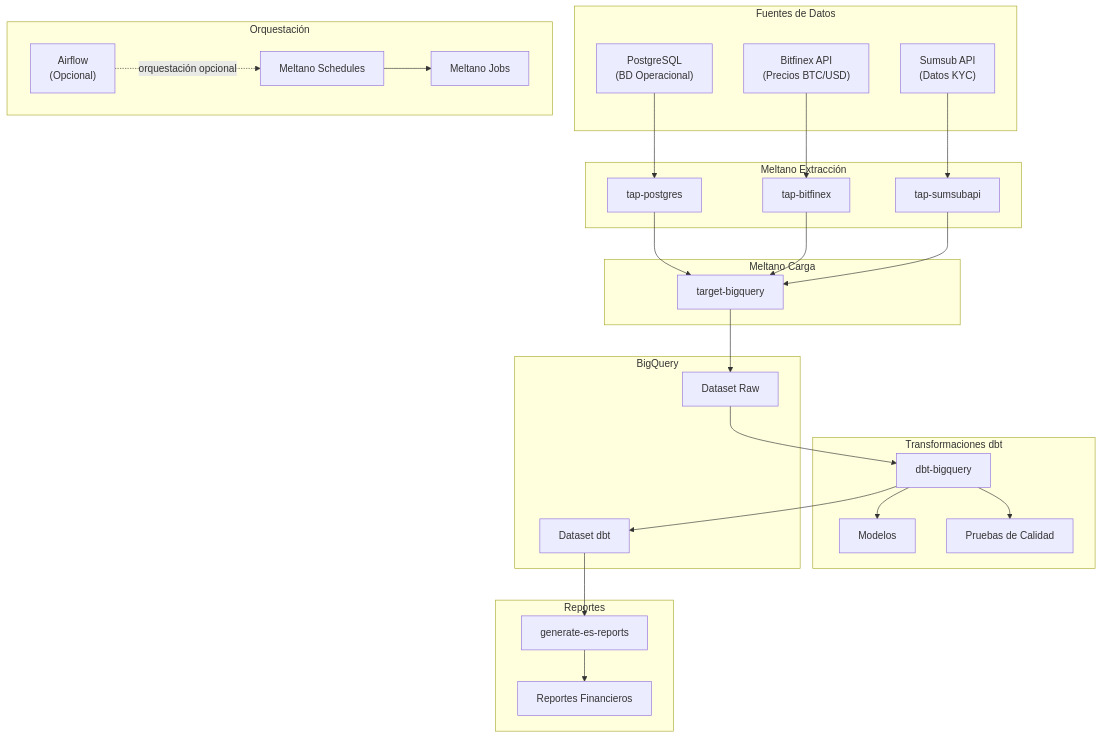
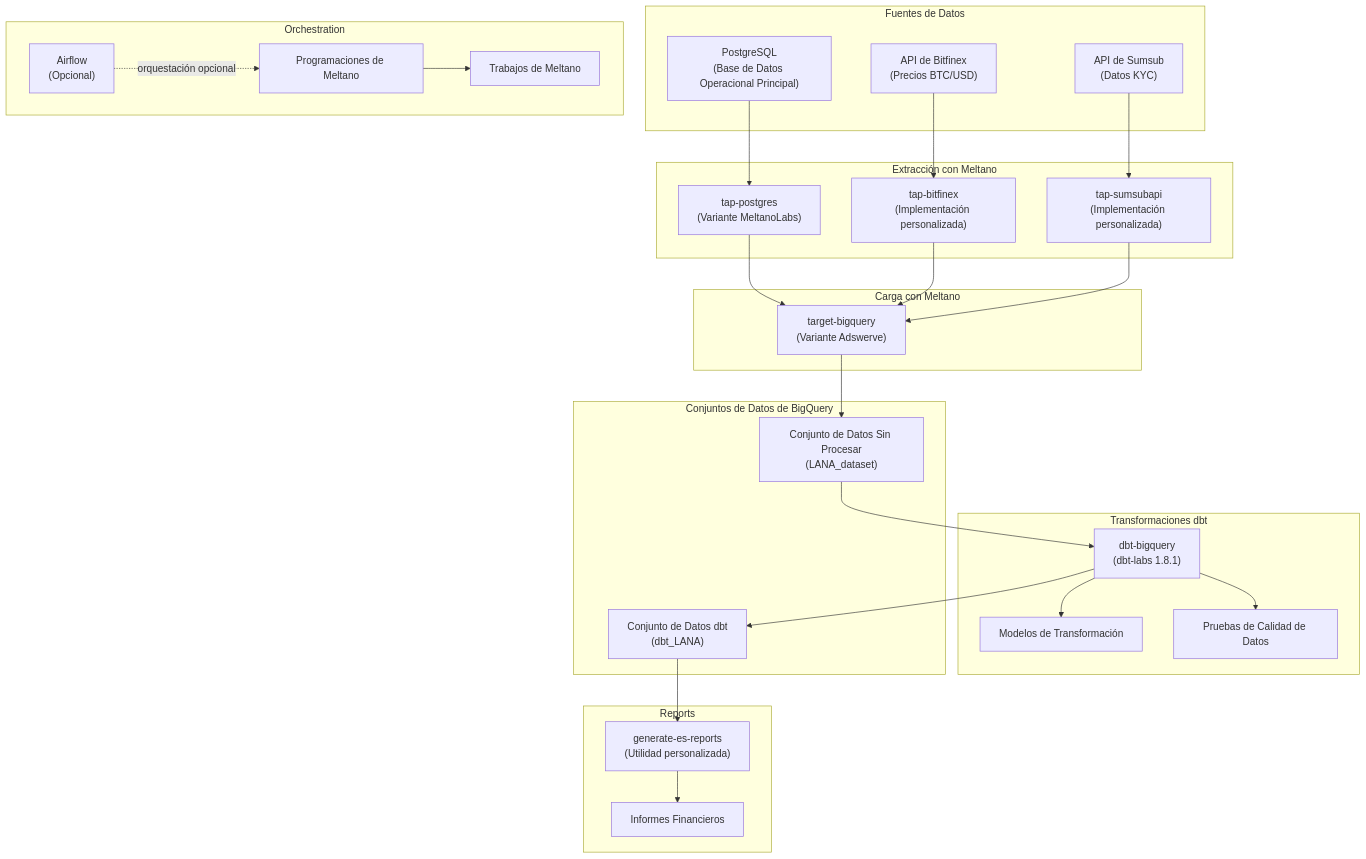
One commit to GaloyMoney/lana-bank changed the first of 2 diagrams in docs-site/i18n/es/docusaurus-plugin-content-docs/current/for-platform-engineers/data-pipelines.md. Above: the diagram before and after it, drawn with Mermaid. The commit also changed other lines of this file and 76 other files, not shown here.

````diff
--- a/docs-site/i18n/es/docusaurus-plugin-content-docs/current/for-platform-engineers/data-pipelines.md
+++ b/docs-site/i18n/es/docusaurus-plugin-content-docs/current/for-platform-engineers/data-pipelines.md
@@ -11,56 +11,56 @@
 ```mermaid
 graph TD
     subgraph Sources["Fuentes de Datos"]
-        PG["PostgreSQL<br/>(BD Operacional)"]
-        BITFINEX["Bitfinex API<br/>(Precios BTC/USD)"]
-        SUMSUB["Sumsub API<br/>(Datos KYC)"]
+        PG["PostgreSQL<br/>(Base de Datos Operacional Principal)"]
+        BITFINEX["API de Bitfinex<br/>(Precios BTC/USD)"]
+        SUMSUB["API de Sumsub<br/>(Datos KYC)"]
     end
 
-    subgraph Orchestration["Orquestación"]
+    subgraph Orchestration
         AIRFLOW["Airflow<br/>(Opcional)"]
-        SCHEDULES["Meltano Schedules"]
-        JOBS["Meltano Jobs"]
+        SCHEDULES["Programaciones de Meltano"]
+        JOBS["Trabajos de Meltano"]
         SCHEDULES --> JOBS
         AIRFLOW -.->|"orquestación opcional"| SCHEDULES
     end
 
-    subgraph Extract["Meltano Extracción"]
-        TAP_PG["tap-postgres"]
-        TAP_BIT["tap-bitfinex"]
-        TAP_SUM["tap-sumsubapi"]
+    subgraph Extract["Extracción con Meltano"]
+        TAP_PG["tap-postgres<br/>(Variante MeltanoLabs)"]
+        TAP_BIT["tap-bitfinex<br/>(Implementación personalizada)"]
+        TAP_SUM["tap-sumsubapi<br/>(Implementación personalizada)"]
     end
 
-    subgraph Load["Meltano Carga"]
-        TARGET_BQ["target-bigquery"]
+    subgraph Load["Carga con Meltano"]
+        TARGET_BQ["target-bigquery<br/>(Variante Adswerve)"]
     end
 
     subgraph Transform["Transformaciones dbt"]
-        DBT_BQ["dbt-bigquery"]
-        MODELS["Modelos"]
-        TESTS["Pruebas de Calidad"]
+        DBT_BQ["dbt-bigquery<br/>(dbt-labs 1.8.1)"]
+        MODELS["Modelos de Transformación"]
+        TESTS["Pruebas de Calidad de Datos"]
         DBT_BQ --> MODELS
         DBT_BQ --> TESTS
     end
 
-    subgraph Warehouse["BigQuery"]
-        RAW["Dataset Raw"]
-        MART["Dataset dbt"]
+    subgraph Warehouse["Conjuntos de Datos de BigQuery"]
+        RAW["Conjunto de Datos Sin Procesar<br/>(LANA_dataset)"]
+        MART["Conjunto de Datos dbt<br/>(dbt_LANA)"]
     end
 
-    subgraph Reports["Reportes"]
-        GEN["generate-es-reports"]
-        FIN["Reportes Financieros"]
+    subgraph Reports
+        GEN["generate-es-reports<br/>(Utilidad personalizada)"]
+        FIN["Informes Financieros"]
     end
 
     PG --> TAP_PG
     BITFINEX --> TAP_BIT
     SUMSUB --> TAP_SUM
     TAP_PG --> TARGET_BQ
     TAP_BIT --> TARGET_BQ
     TAP_SUM --> TARGET_BQ
     TARGET_BQ --> RAW
     RAW --> DBT_BQ
     DBT_BQ --> MART
     MART --> GEN
     GEN --> FIN
 ```
````
